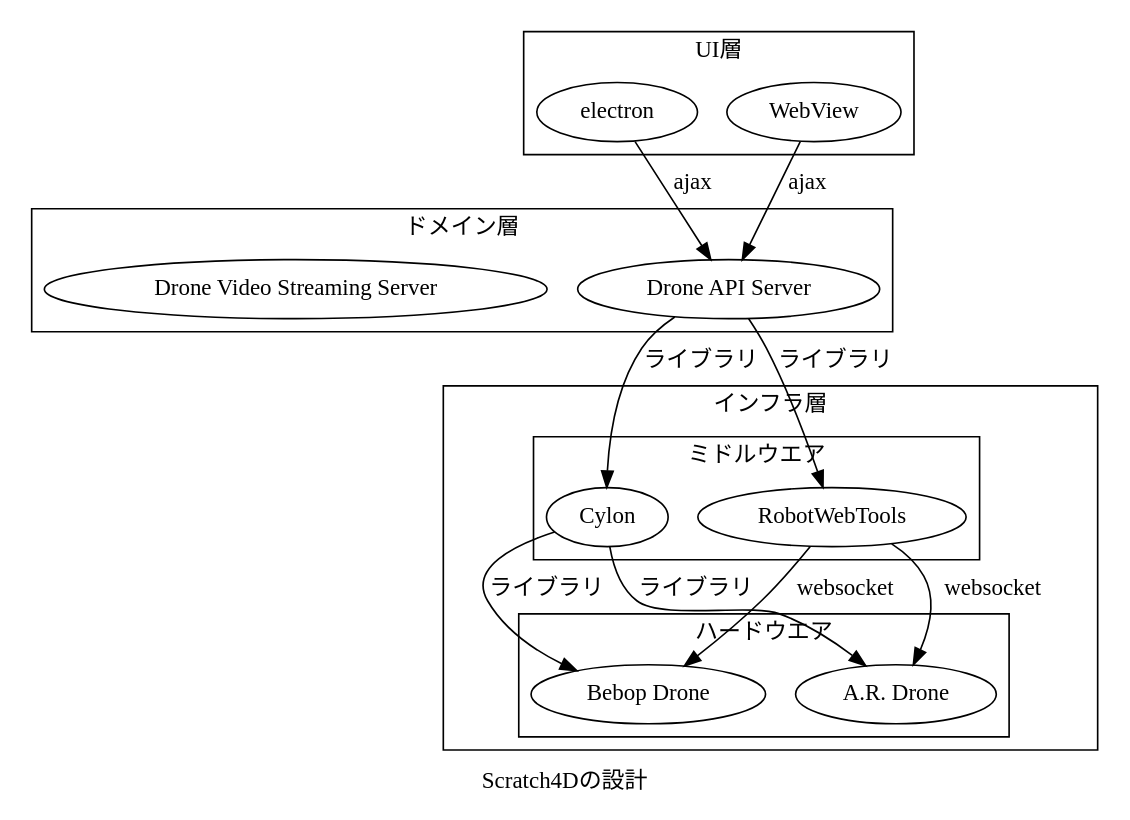
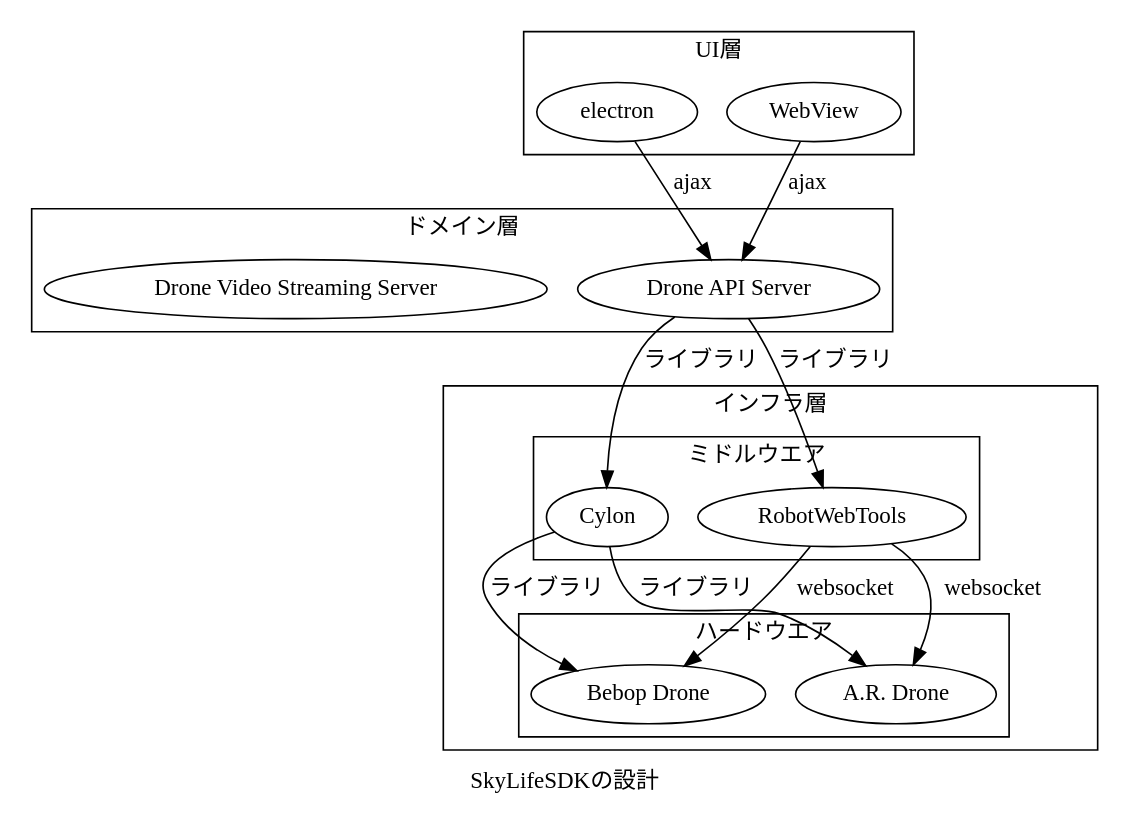
The diagram in SkyLifeSDK.dot (kendemu/SkyLifeSDK), drawn with Graphviz before and after one commit. The commit also changed 1572 other files, not shown here.

```diff
--- a/SkyLifeSDK.dot
+++ b/SkyLifeSDK.dot
@@ -1,34 +1,34 @@
 digraph G{
-	label="Scratch4Dの設計"
+	label="SkyLifeSDKの設計"
 	subgraph cluster_view{
 		label="UI層"
 		"electron" "WebView"
 	}
 	subgraph cluster_domain{
 		label="ドメイン層"
 		"Drone API Server"
 		"Drone Video Streaming Server"
         }
 	subgraph cluster_infrastructure{
 		label="インフラ層"
 		subgraph cluster_middleware{
 			"Cylon" "RobotWebTools"
 			label="ミドルウエア"
 		
 		}
 		subgraph cluster_hardware{
 			"Bebop Drone"
 			"A.R. Drone"
 			label="ハードウエア"
 		}
 
 		"Cylon" -> "Bebop Drone"[label="ライブラリ"]
 		"Cylon" -> "A.R. Drone"[label="ライブラリ"]
 		"RobotWebTools" -> "Bebop Drone"[label="websocket"]
 		"RobotWebTools" -> "A.R. Drone"[label="websocket"]
 	}
 	"Drone API Server" -> "Cylon" [label="ライブラリ" ltail=cluster_domain lhead=cluster_infrastructure];
 	"Drone API Server" -> "RobotWebTools" [label="ライブラリ" ltail=cluster_domain lhead=cluster_infrastructure];
 	"electron" -> "Drone API Server"[label="ajax"ltail=cluster_view lhead=cluster_domain];
 	"WebView" -> "Drone API Server"[label="ajax"ltail=cluster_view lhead=cluster_domain]; 
 }
```
